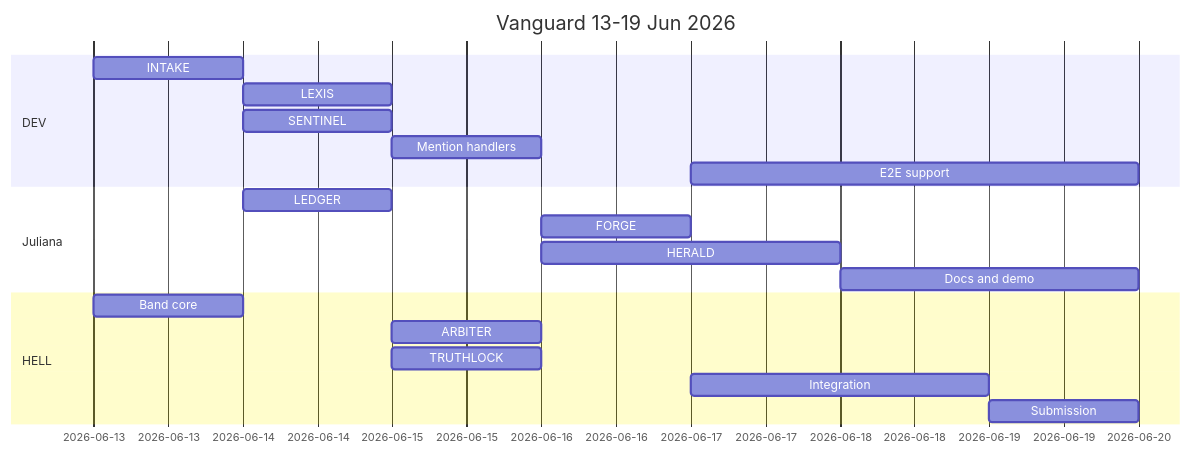
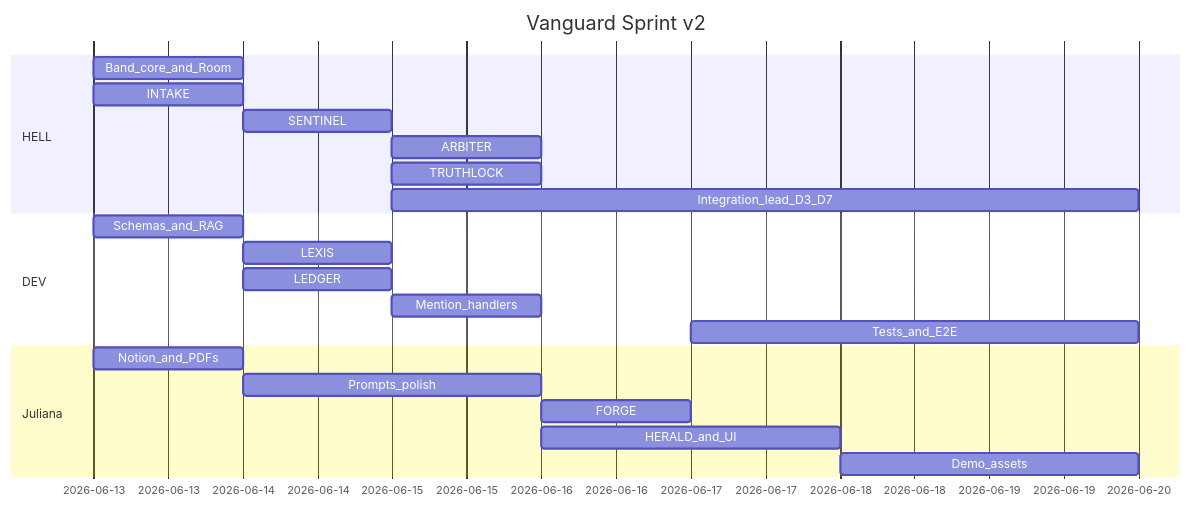
Before and after one commit to HCHAPS404/VANGUARD: the diagram in docs/PROJECT_PLAN.md, drawn with Mermaid. The commit also changed other lines of this file and 14 other files, not shown here.

````diff
--- a/docs/PROJECT_PLAN.md
+++ b/docs/PROJECT_PLAN.md
@@ -29,22 +35,24 @@
 ```mermaid
 gantt
-    title Vanguard 13-19 Jun 2026
+    title Vanguard Sprint v2
     dateFormat YYYY-MM-DD
+    section HELL
+    Band_core_and_Room     :h0, 2026-06-13, 1d
+    INTAKE                 :h1, 2026-06-13, 1d
+    SENTINEL               :h2, 2026-06-14, 1d
+    ARBITER                :h3, 2026-06-15, 1d
+    TRUTHLOCK              :h3b, 2026-06-15, 1d
+    Integration_lead_D3_D7 :h5, 2026-06-15, 5d
     section DEV
-    INTAKE           :d1, 2026-06-13, 1d
-    LEXIS            :d2a, 2026-06-14, 1d
-    SENTINEL         :d2b, 2026-06-14, 1d
-    Mention handlers :d3a, 2026-06-15, 1d
-    E2E support      :d5, 2026-06-17, 3d
+    Schemas_and_RAG        :d0, 2026-06-13, 1d
+    LEXIS                  :d2, 2026-06-14, 1d
+    LEDGER                 :d2b, 2026-06-14, 1d
+    Mention_handlers       :d3, 2026-06-15, 1d
+    Tests_and_E2E          :d5, 2026-06-17, 3d
     section Juliana
-    LEDGER           :j2, 2026-06-14, 1d
-    FORGE            :j4, 2026-06-16, 1d
-    HERALD           :j4b, 2026-06-16, 2d
-    Docs and demo    :j6, 2026-06-18, 2d
-    section HELL
-    Band core        :h1, 2026-06-13, 1d
-    ARBITER          :h3, 2026-06-15, 1d
-    TRUTHLOCK        :h3b, 2026-06-15, 1d
-    Integration      :h5, 2026-06-17, 2d
-    Submission       :h7, 2026-06-19, 1d
+    Notion_and_PDFs        :j0, 2026-06-13, 1d
+    Prompts_polish         :j1, 2026-06-14, 2d
+    FORGE                  :j4, 2026-06-16, 1d
+    HERALD_and_UI          :j4b, 2026-06-16, 2d
+    Demo_assets            :j6, 2026-06-18, 2d
 ```
````
